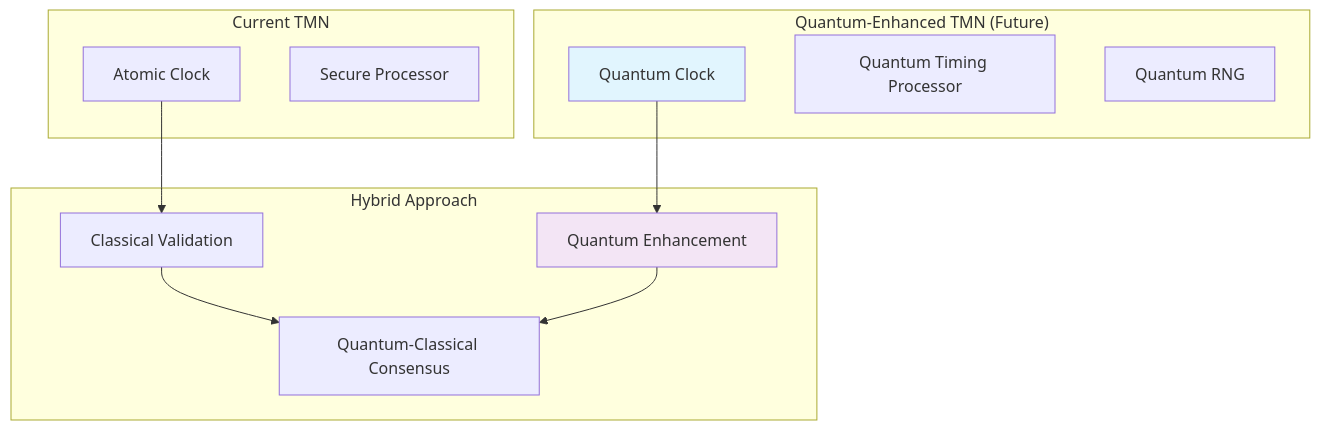
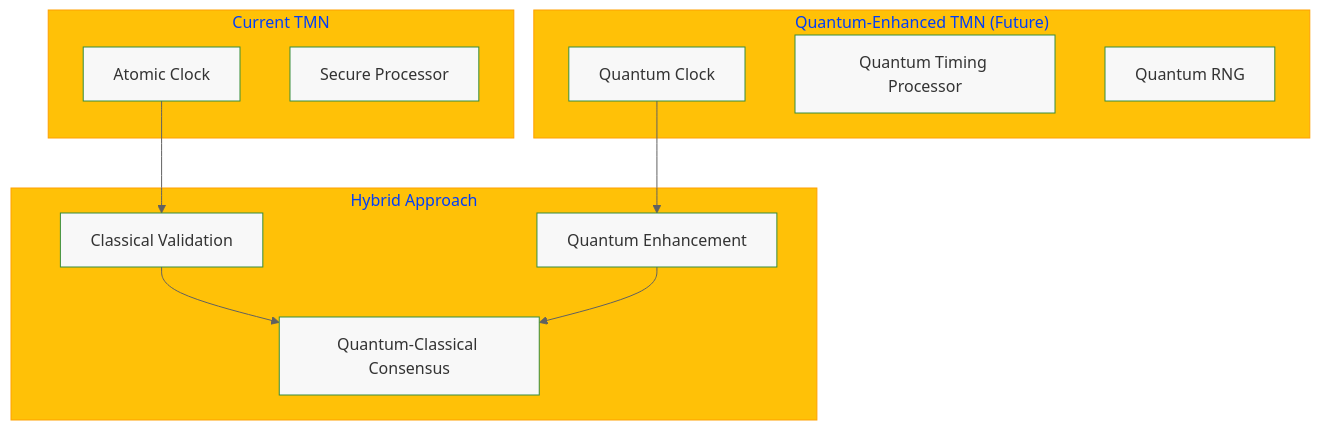
The third of 5 diagrams in DESIGN_REVIEW_AND_STRATEGIC_RECOMMENDATIONS.md (nshkrdotcom/ChronoLedger), drawn with Mermaid before and after one commit. The commit also changed other lines of this file and 6 other files, not shown here.

````diff
--- a/DESIGN_REVIEW_AND_STRATEGIC_RECOMMENDATIONS.md
+++ b/DESIGN_REVIEW_AND_STRATEGIC_RECOMMENDATIONS.md
@@ -193,27 +211,35 @@
 ```mermaid
+%%{init: {'theme': 'base', 'themeVariables': {
+    'primaryColor': '#4CAF50',
+    'primaryBorderColor': '#388E3C',
+    'secondaryColor': '#2196F3',
+    'secondaryBorderColor': '#1976D2',
+    'tertiaryColor': '#FFC107',
+    'tertiaryBorderColor': '#FFA000',
+    'lineColor': '#616161',
+    'textColor': '#212121',
+    'mainBkg': '#F8F8F8'
+}}}%%
 graph TD
     subgraph "Current TMN"
         CSAC[Atomic Clock]
         STPU[Secure Processor]
     end
     
     subgraph "Quantum-Enhanced TMN (Future)"
         QCLOCK[Quantum Clock]
         QTPU[Quantum Timing Processor]
         QRNG[Quantum RNG]
     end
     
     subgraph "Hybrid Approach"
         CLASSICAL[Classical Validation]
         QUANTUM[Quantum Enhancement]
         CONSENSUS[Quantum-Classical Consensus]
     end
     
     CSAC --> CLASSICAL
     QCLOCK --> QUANTUM
     CLASSICAL --> CONSENSUS
     QUANTUM --> CONSENSUS
-    
-    style QCLOCK fill:#e1f5fe
-    style QUANTUM fill:#f3e5f5
 ```
````
